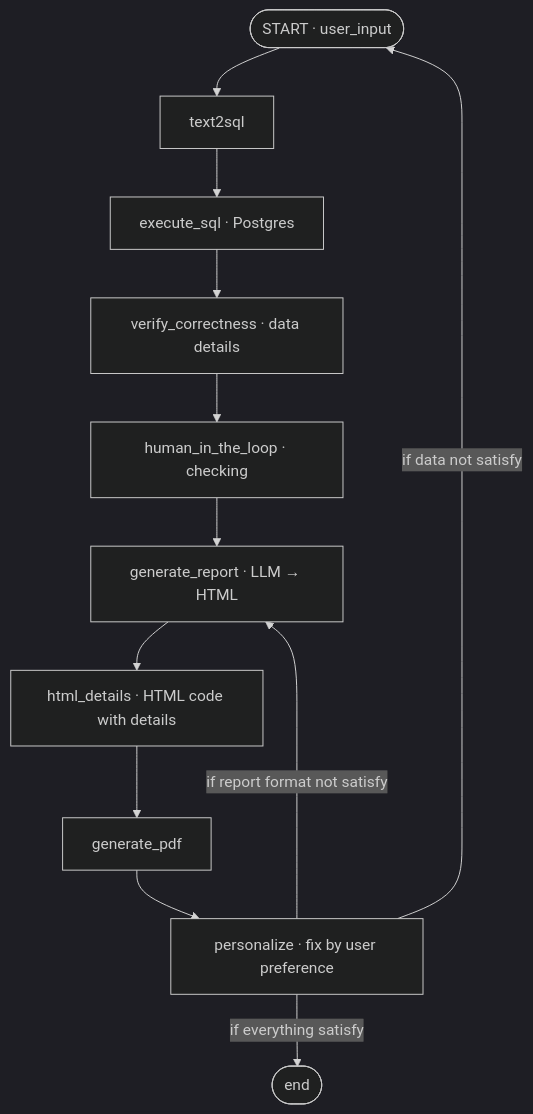
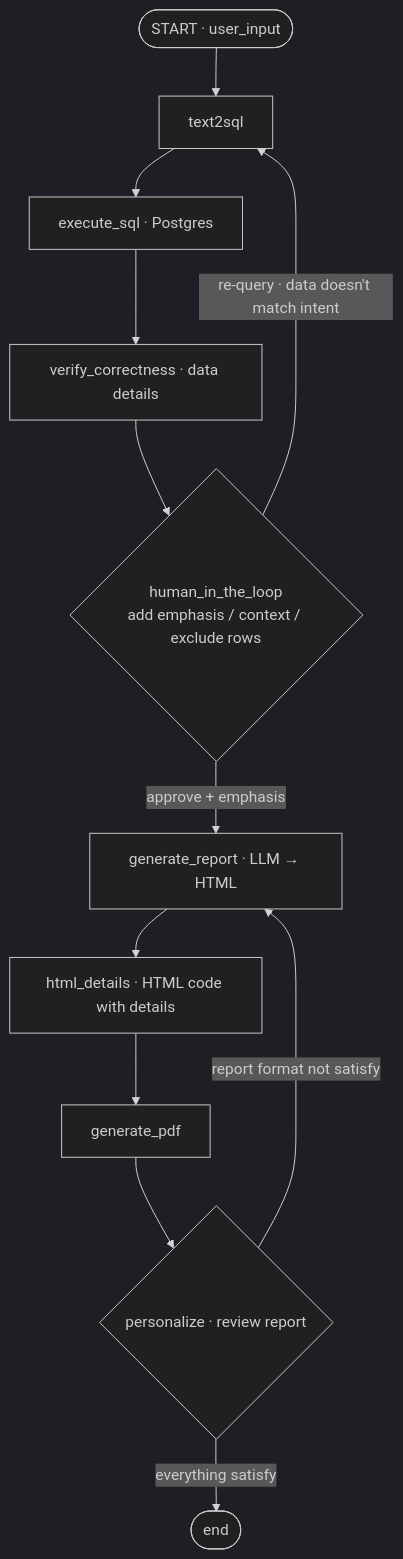
The diagram in app/docs/graph_draft.md (Nattawat1409/LLM-Auto-Generate-report), drawn with Mermaid (dark theme) before and after one commit. The commit also changed 11 other files, not shown here.

Commit message:
add node generate_report and html_details and generate_pdf

````diff
--- a/app/docs/graph_draft.md
+++ b/app/docs/graph_draft.md
@@ -1,14 +1,14 @@
 ```mermaid
 flowchart TD
     START([START · user_input]) --> T2S[text2sql]
     T2S --> EXEC[execute_sql · Postgres]
     EXEC --> VERIFY[verify_correctness · data details]
-    VERIFY --> HITL[human_in_the_loop · checking]
-    HITL --> GEN[generate_report · LLM → HTML]
+    VERIFY --> HITL{human_in_the_loop<br/>add emphasis / context / exclude rows}
+    HITL -->|approve + emphasis| GEN[generate_report · LLM → HTML]
+    HITL -->|re-query · data doesn't match intent| T2S
     GEN --> HTMLD[html_details · HTML code with details]
     HTMLD --> PDF[generate_pdf]
-    PDF --> PERS[personalize · fix by user preference]
-    PERS -->|if data not satisfy| START
-    PERS -->|if report format not satisfy| GEN
-    PERS -->|if everything satisfy| DONE([end])
+    PDF --> PERS{personalize · review report}
+    PERS -->|report format not satisfy| GEN
+    PERS -->|everything satisfy| DONE([end])
 ```
````
